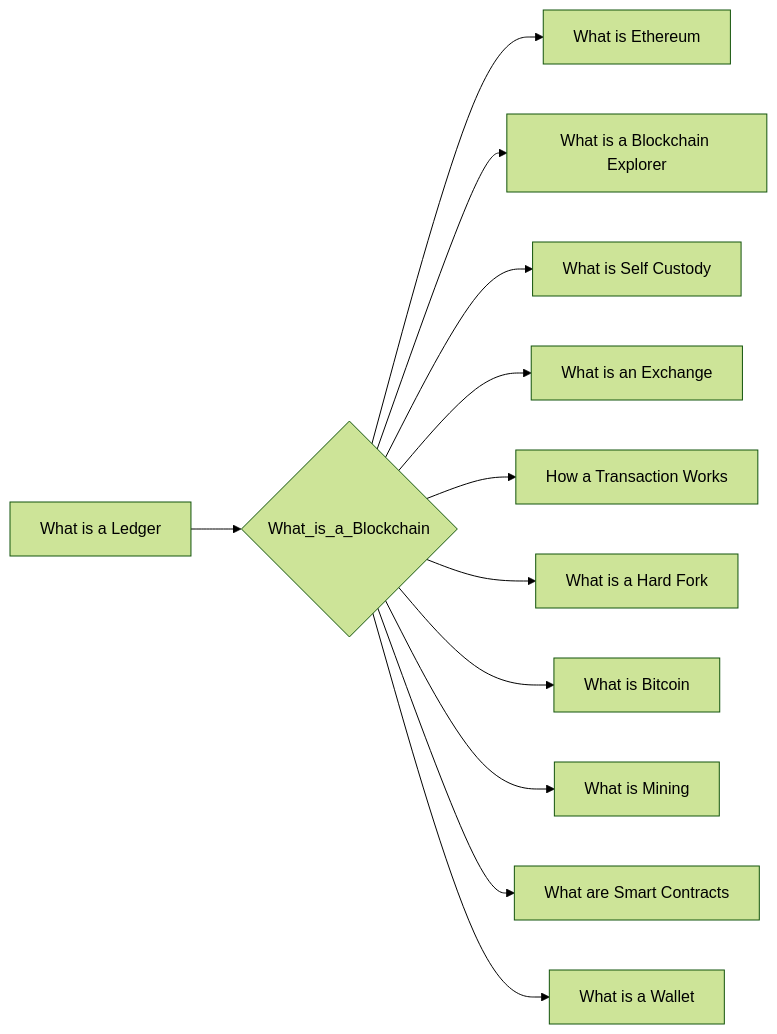
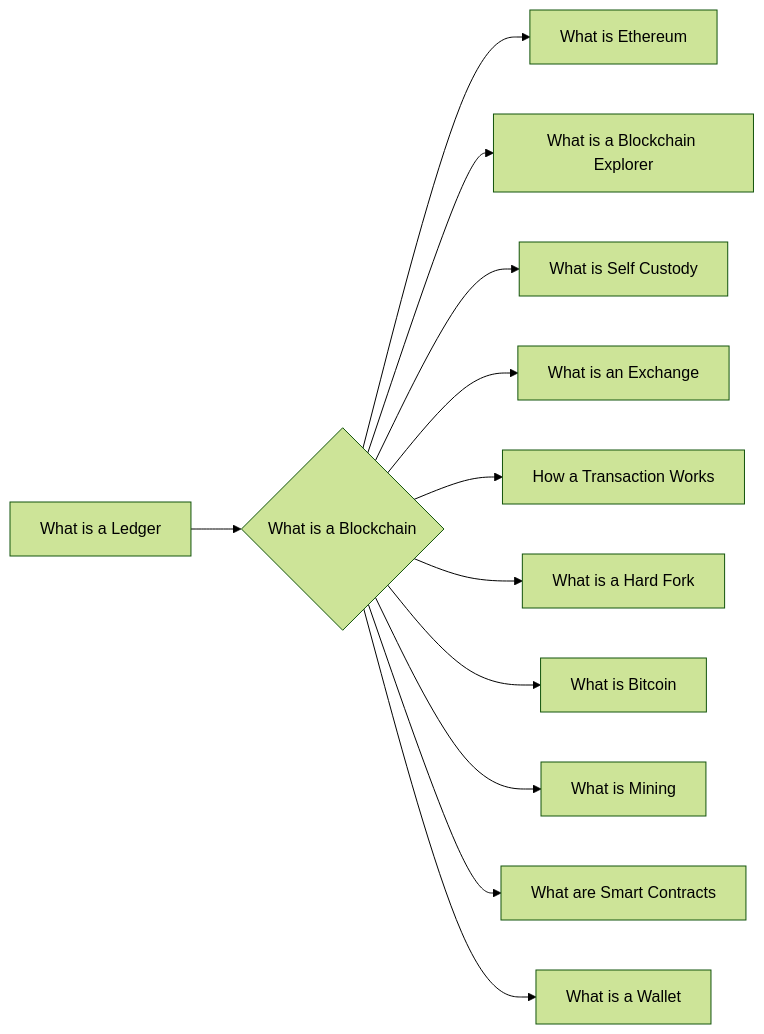
Before and after one commit to lpurdy01/crypto-knowledge-map: the diagram in notes/What_is_a_Blockchain.md, drawn with Mermaid (forest theme). The commit also changed 58 other files, not shown here.

````diff
--- a/notes/What_is_a_Blockchain.md
+++ b/notes/What_is_a_Blockchain.md
@@ -8,14 +8,14 @@
 ```mermaid
 graph LR
-1["What is a Ledger"]-->0{"What_is_a_Blockchain"}
-0{"What_is_a_Blockchain"}-->2["What is Ethereum"]
-0{"What_is_a_Blockchain"}-->3["What is a Blockchain Explorer"]
-0{"What_is_a_Blockchain"}-->4["What is Self Custody"]
-0{"What_is_a_Blockchain"}-->5["What is an Exchange"]
-0{"What_is_a_Blockchain"}-->6["How a Transaction Works"]
-0{"What_is_a_Blockchain"}-->7["What is a Hard Fork"]
-0{"What_is_a_Blockchain"}-->8["What is Bitcoin"]
-0{"What_is_a_Blockchain"}-->9["What is Mining"]
-0{"What_is_a_Blockchain"}-->10["What are Smart Contracts"]
-0{"What_is_a_Blockchain"}-->11["What is a Wallet"]
+1["What is a Ledger"]-->0{"What is a Blockchain"}
+0{"What is a Blockchain"}-->2["What is Ethereum"]
+0{"What is a Blockchain"}-->3["What is a Blockchain Explorer"]
+0{"What is a Blockchain"}-->4["What is Self Custody"]
+0{"What is a Blockchain"}-->5["What is an Exchange"]
+0{"What is a Blockchain"}-->6["How a Transaction Works"]
+0{"What is a Blockchain"}-->7["What is a Hard Fork"]
+0{"What is a Blockchain"}-->8["What is Bitcoin"]
+0{"What is a Blockchain"}-->9["What is Mining"]
+0{"What is a Blockchain"}-->10["What are Smart Contracts"]
+0{"What is a Blockchain"}-->11["What is a Wallet"]
 ```
````
